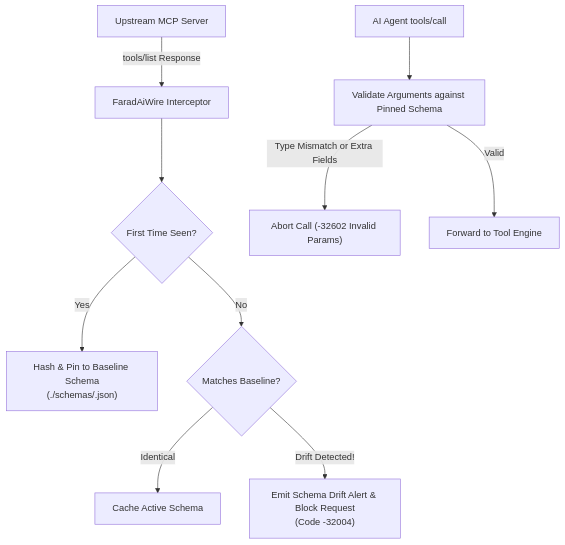
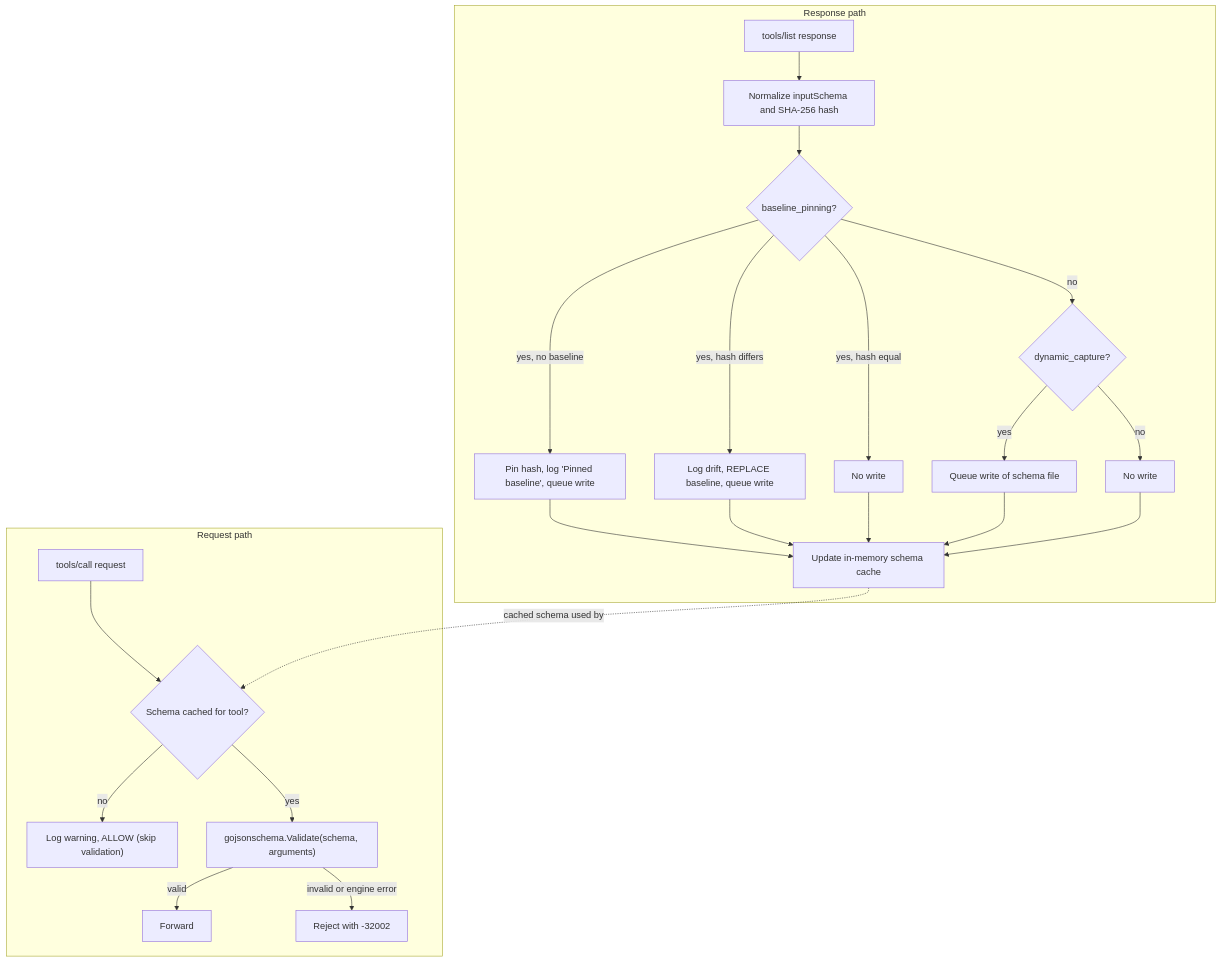
One commit to FaradAiLab/FaradAiWire changed the diagram in docs/03-security-filters/schema-validation.md. Above: the diagram before and after it, drawn with Mermaid. The commit also changed other lines of this file and 18 other files, not shown here.

````diff
--- a/docs/03-security-filters/schema-validation.md
+++ b/docs/03-security-filters/schema-validation.md
@@ -12,13 +19,26 @@
 ```mermaid
-graph TD
-    Upstream["Upstream MCP Server"] -->|"tools/list Response"| Ingress["FaradAiWire Interceptor"]
-    Ingress --> Check{"First Time Seen?"}
-    Check -->|"Yes"| Pin["Hash & Pin to Baseline Schema\n(./schemas/<tool>.json)"]
-    Check -->|"No"| Compare{"Matches Baseline?"}
-    Compare -->|"Identical"| Cache["Cache Active Schema"]
-    Compare -->|"Drift Detected!"| Drift["Emit Schema Drift Alert & Block Request\n(Code -32004)"]
-    
-    Agent["AI Agent tools/call"] --> Validate["Validate Arguments against Pinned Schema"]
-    Validate -->|"Type Mismatch or Extra Fields"| Reject["Abort Call (-32602 Invalid Params)"]
-    Validate -->|"Valid"| Forward["Forward to Tool Engine"]
+flowchart TD
+    subgraph Response path
+        L["tools/list response"] --> N["Normalize inputSchema and SHA-256 hash"]
+        N --> BP{"baseline_pinning?"}
+        BP -->|"yes, no baseline"| P1["Pin hash, log 'Pinned baseline', queue write"]
+        BP -->|"yes, hash differs"| P2["Log drift, REPLACE baseline, queue write"]
+        BP -->|"yes, hash equal"| P3["No write"]
+        BP -->|"no"| DC{"dynamic_capture?"}
+        DC -->|"yes"| P4["Queue write of schema file"]
+        DC -->|"no"| P5["No write"]
+        P1 --> C["Update in-memory schema cache"]
+        P2 --> C
+        P3 --> C
+        P4 --> C
+        P5 --> C
+    end
+    subgraph Request path
+        R["tools/call request"] --> F{"Schema cached for tool?"}
+        F -->|"no"| S["Log warning, ALLOW (skip validation)"]
+        F -->|"yes"| V["gojsonschema.Validate(schema, arguments)"]
+        V -->|"valid"| OK["Forward"]
+        V -->|"invalid or engine error"| E["Reject with -32002"]
+    end
+    C -.->|"cached schema used by"| F
 ```
````
